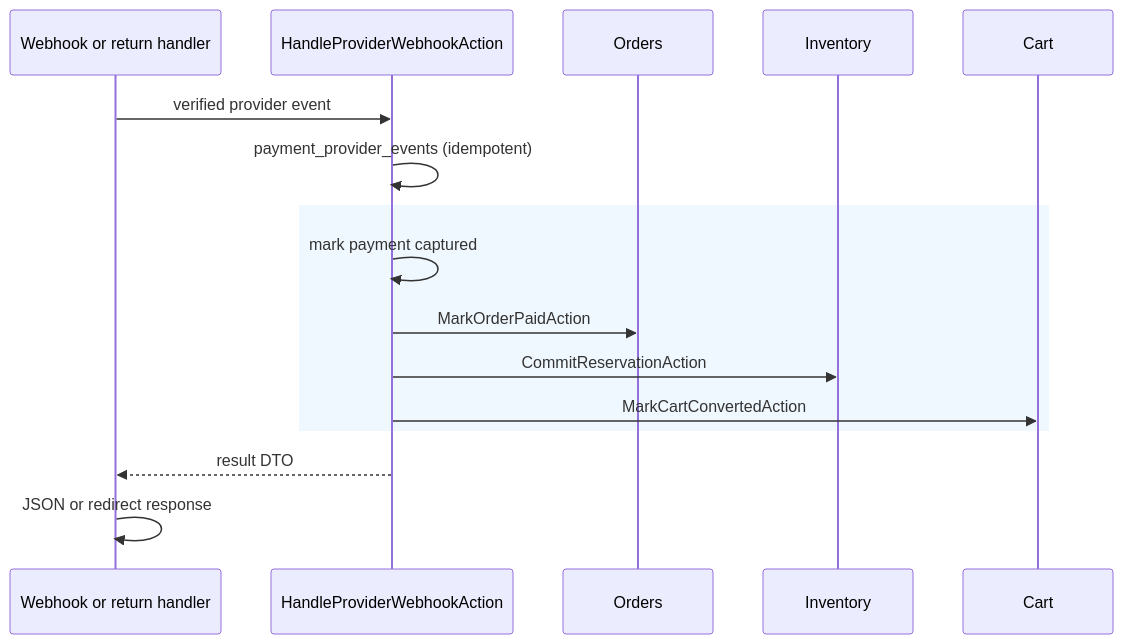
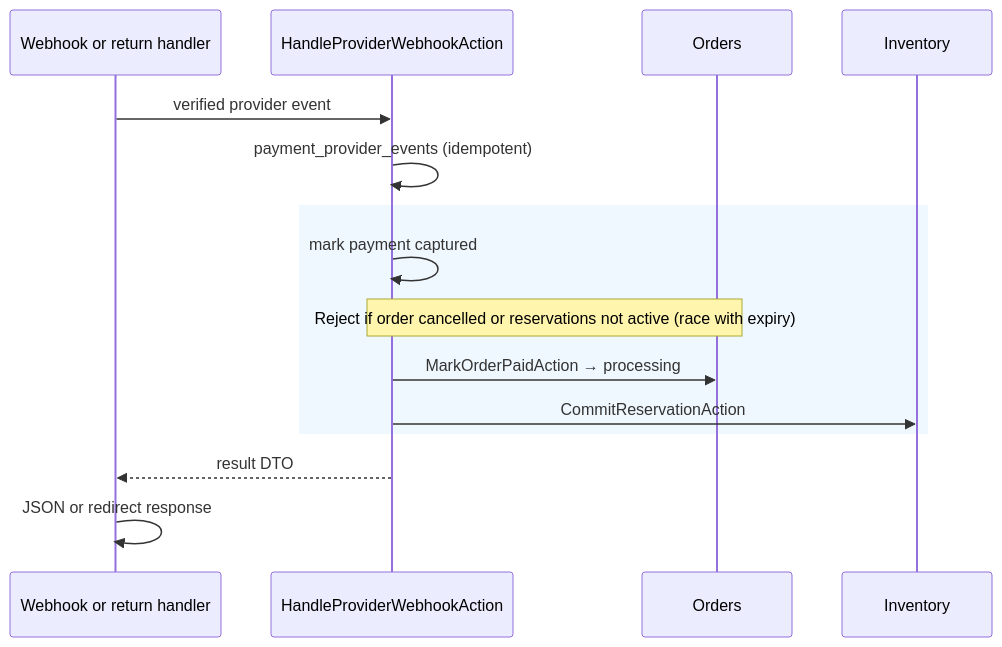
One commit to ahmadragab-hub/modular-online-store changed the fifth of 5 diagrams in docs/BUSINESS_WORKFLOWS.md. Above: the diagram before and after it, drawn with Mermaid. The commit also changed other lines of this file and 133 other files, not shown here.

````diff
--- a/docs/BUSINESS_WORKFLOWS.md
+++ b/docs/BUSINESS_WORKFLOWS.md
@@ -280,19 +280,17 @@
 ```mermaid
 sequenceDiagram
     participant HTTP as Webhook or return handler
     participant PA as HandleProviderWebhookAction
     participant OR as Orders
     participant IV as Inventory
-    participant CR as Cart
-
     HTTP->>PA: verified provider event
     PA->>PA: payment_provider_events (idempotent)
     rect rgb(240, 248, 255)
         PA->>PA: mark payment captured
-        PA->>OR: MarkOrderPaidAction
+        Note over PA,OR: Reject if order cancelled or reservations not active (race with expiry)
+        PA->>OR: MarkOrderPaidAction → processing
         PA->>IV: CommitReservationAction
-        PA->>CR: MarkCartConvertedAction
     end
     PA-->>HTTP: result DTO
     HTTP->>HTTP: JSON or redirect response
 ```
````
